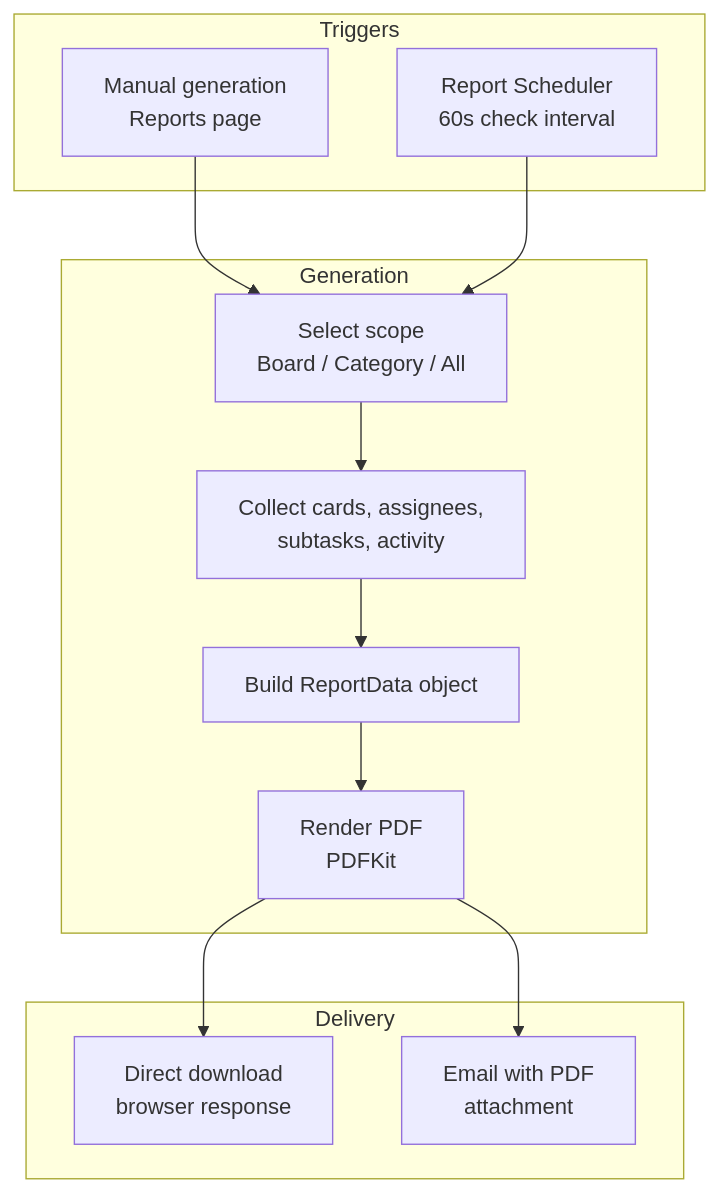
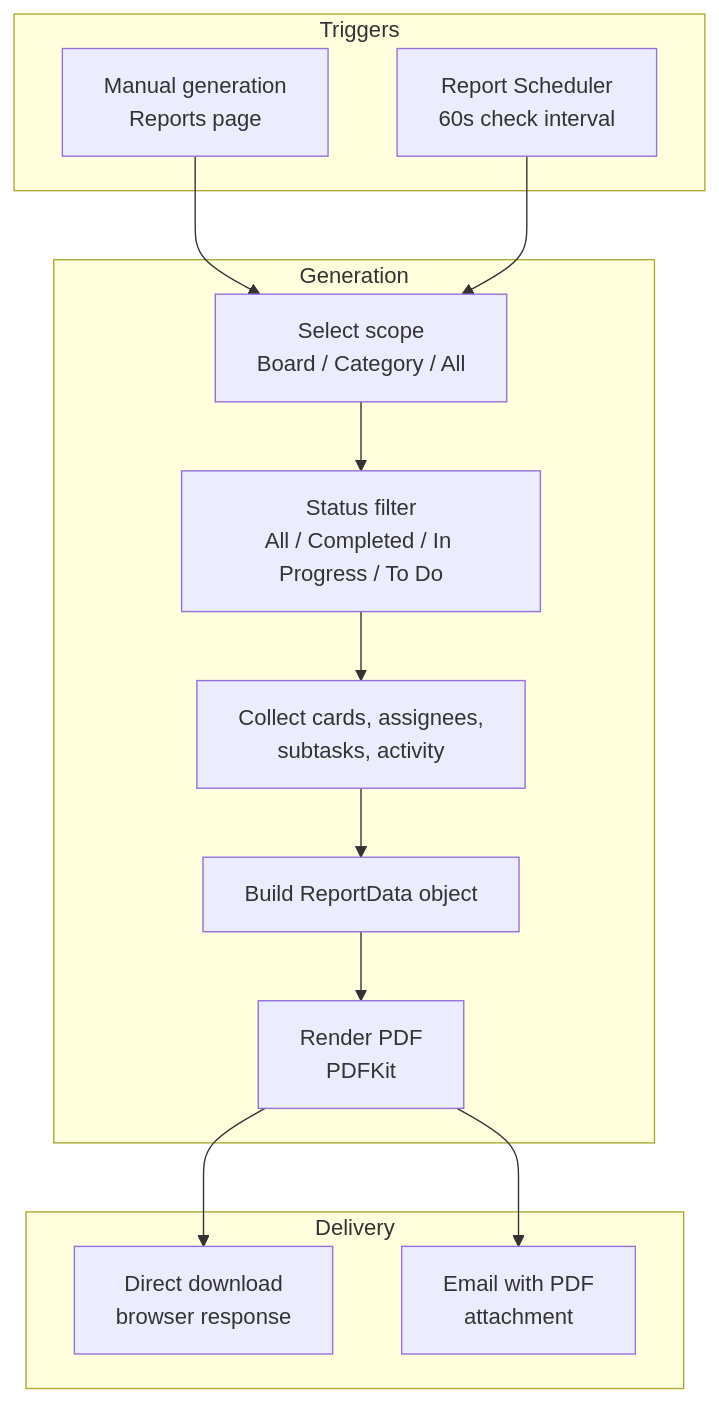
One commit to gitBoon/DumpFire changed the fourth of 7 diagrams in docs/backup-reporting.md. Above: the diagram before and after it, drawn with Mermaid. The commit also changed other lines of this file and 14 other files, not shown here.

First line of the commit message:
feat: add status filter to reports and comments API

````diff
--- a/docs/backup-reporting.md
+++ b/docs/backup-reporting.md
@@ -140,24 +141,25 @@
 ```mermaid
 flowchart TD
     subgraph Triggers
         Manual["Manual generation\nReports page"]
         Scheduled["Report Scheduler\n60s check interval"]
     end
 
     subgraph Generation
         ScopeSelect["Select scope\nBoard / Category / All"]
-        ScopeSelect --> DataCollect["Collect cards, assignees,\nsubtasks, activity"]
+        ScopeSelect --> FilterSelect["Status filter\nAll / Completed / In Progress / To Do"]
+        FilterSelect --> DataCollect["Collect cards, assignees,\nsubtasks, activity"]
         DataCollect --> BuildReport["Build ReportData object"]
         BuildReport --> RenderPDF["Render PDF\nPDFKit"]
     end
 
     subgraph Delivery
         Download["Direct download\nbrowser response"]
         EmailDelivery["Email with PDF\nattachment"]
     end
 
     Manual --> ScopeSelect
     Scheduled --> ScopeSelect
     RenderPDF --> Download
     RenderPDF --> EmailDelivery
 ```
````
